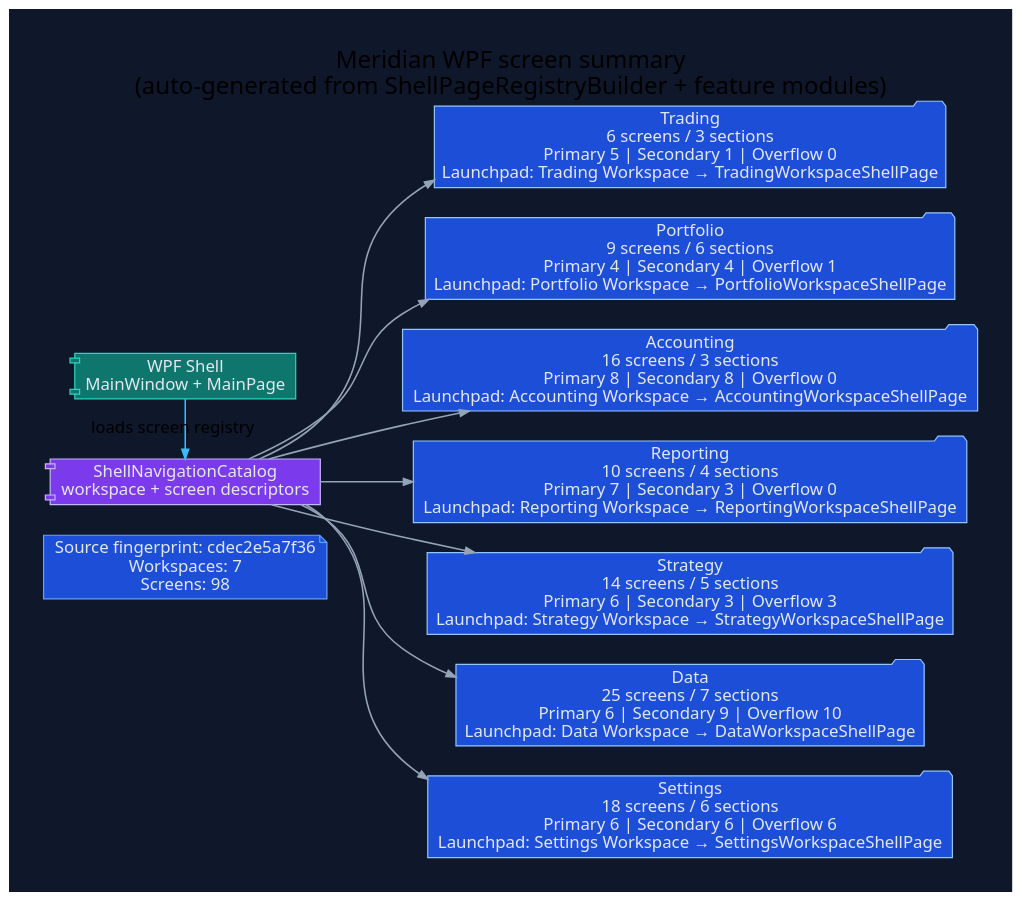
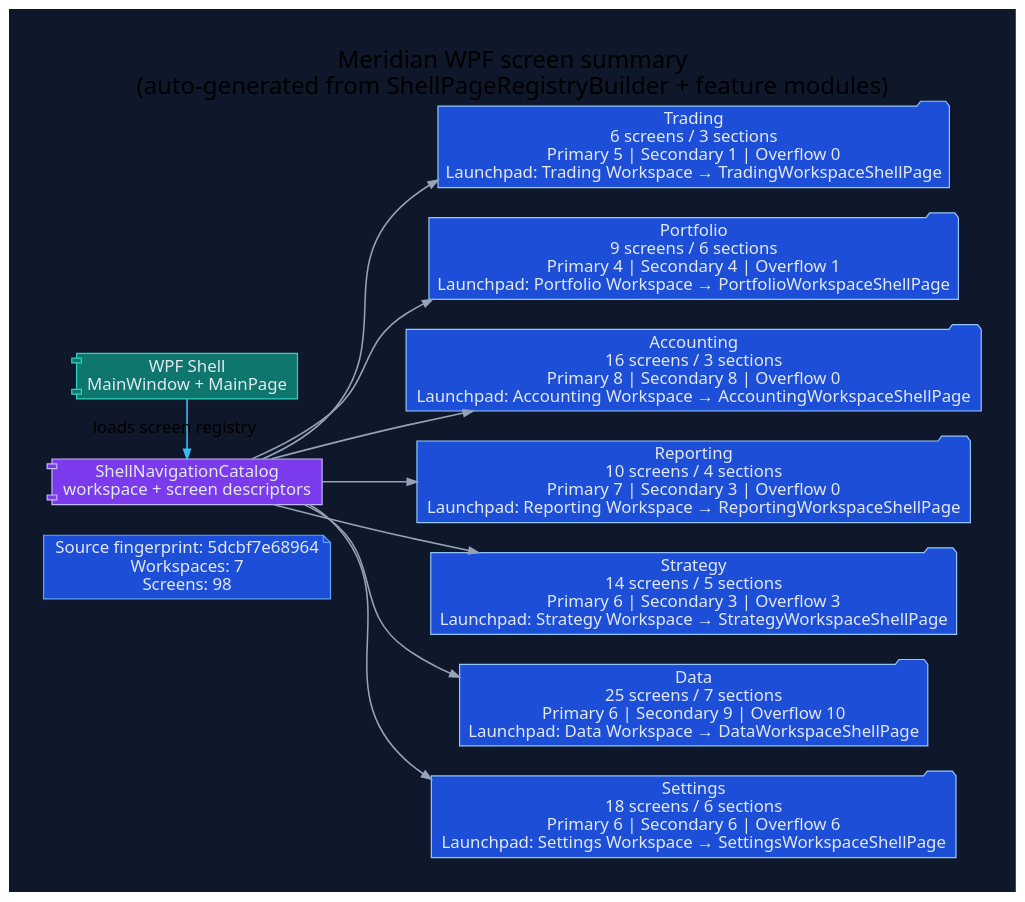
The diagram in docs/diagrams/ui/ui-wpf-screen-summary.dot (rodoHasArrived/Meridian-main), drawn with Graphviz before and after one commit. The commit also changed 49 other files, not shown here.

```diff
--- a/docs/diagrams/ui/ui-wpf-screen-summary.dot
+++ b/docs/diagrams/ui/ui-wpf-screen-summary.dot
@@ -1,42 +1,42 @@
 // -----------------------------------------------------------------------------
 // <auto-generated>
 // Generated by scripts/generate-diagrams.mjs.
 // Do not edit this file directly; update the WPF source files instead.
 // -----------------------------------------------------------------------------
 digraph WpfScreenSummary {
   graph [
     rankdir=LR,
     labelloc=t,
     label="Meridian WPF screen summary\n(auto-generated from ShellPageRegistryBuilder + feature modules)",
     fontname="Segoe UI",
     fontsize=20,
     pad=0.4,
     nodesep=0.35,
     ranksep=0.85,
     bgcolor="#0f172a"
   ];
   node [fontname="Segoe UI", shape=box, style="rounded,filled", color="#475569", fontcolor="#e2e8f0", fillcolor="#1e293b"];
   edge [fontname="Segoe UI", color="#94a3b8", penwidth=1.3, arrowsize=0.8];
 
-  generated [shape=note, fillcolor="#1d4ed8", color="#60a5fa", label="Source fingerprint: cdec2e5a7f36\nWorkspaces: 7\nScreens: 98"];
+  generated [shape=note, fillcolor="#1d4ed8", color="#60a5fa", label="Source fingerprint: 5dcbf7e68964\nWorkspaces: 7\nScreens: 98"];
   shell [shape=component, fillcolor="#0f766e", color="#2dd4bf", label="WPF Shell\nMainWindow + MainPage"];
   catalog [shape=component, fillcolor="#7c3aed", color="#c4b5fd", label="ShellNavigationCatalog\nworkspace + screen descriptors"];
   shell -> catalog [label="loads screen registry", color="#38bdf8"];
 
   workspace_1 [shape=folder, fillcolor="#1d4ed8", color="#93c5fd", label="Trading\n6 screens / 3 sections\nPrimary 5 | Secondary 1 | Overflow 0\nLaunchpad: Trading Workspace → TradingWorkspaceShellPage"];
   catalog -> workspace_1;
   workspace_2 [shape=folder, fillcolor="#1d4ed8", color="#93c5fd", label="Portfolio\n9 screens / 6 sections\nPrimary 4 | Secondary 4 | Overflow 1\nLaunchpad: Portfolio Workspace → PortfolioWorkspaceShellPage"];
   catalog -> workspace_2;
   workspace_3 [shape=folder, fillcolor="#1d4ed8", color="#93c5fd", label="Accounting\n16 screens / 3 sections\nPrimary 8 | Secondary 8 | Overflow 0\nLaunchpad: Accounting Workspace → AccountingWorkspaceShellPage"];
   catalog -> workspace_3;
   workspace_4 [shape=folder, fillcolor="#1d4ed8", color="#93c5fd", label="Reporting\n10 screens / 4 sections\nPrimary 7 | Secondary 3 | Overflow 0\nLaunchpad: Reporting Workspace → ReportingWorkspaceShellPage"];
   catalog -> workspace_4;
   workspace_5 [shape=folder, fillcolor="#1d4ed8", color="#93c5fd", label="Strategy\n14 screens / 5 sections\nPrimary 6 | Secondary 3 | Overflow 3\nLaunchpad: Strategy Workspace → StrategyWorkspaceShellPage"];
   catalog -> workspace_5;
   workspace_6 [shape=folder, fillcolor="#1d4ed8", color="#93c5fd", label="Data\n25 screens / 7 sections\nPrimary 6 | Secondary 9 | Overflow 10\nLaunchpad: Data Workspace → DataWorkspaceShellPage"];
   catalog -> workspace_6;
   workspace_7 [shape=folder, fillcolor="#1d4ed8", color="#93c5fd", label="Settings\n18 screens / 6 sections\nPrimary 6 | Secondary 6 | Overflow 6\nLaunchpad: Settings Workspace → SettingsWorkspaceShellPage"];
   catalog -> workspace_7;
 
   { rank=min; generated; shell; catalog; }
 }
```
